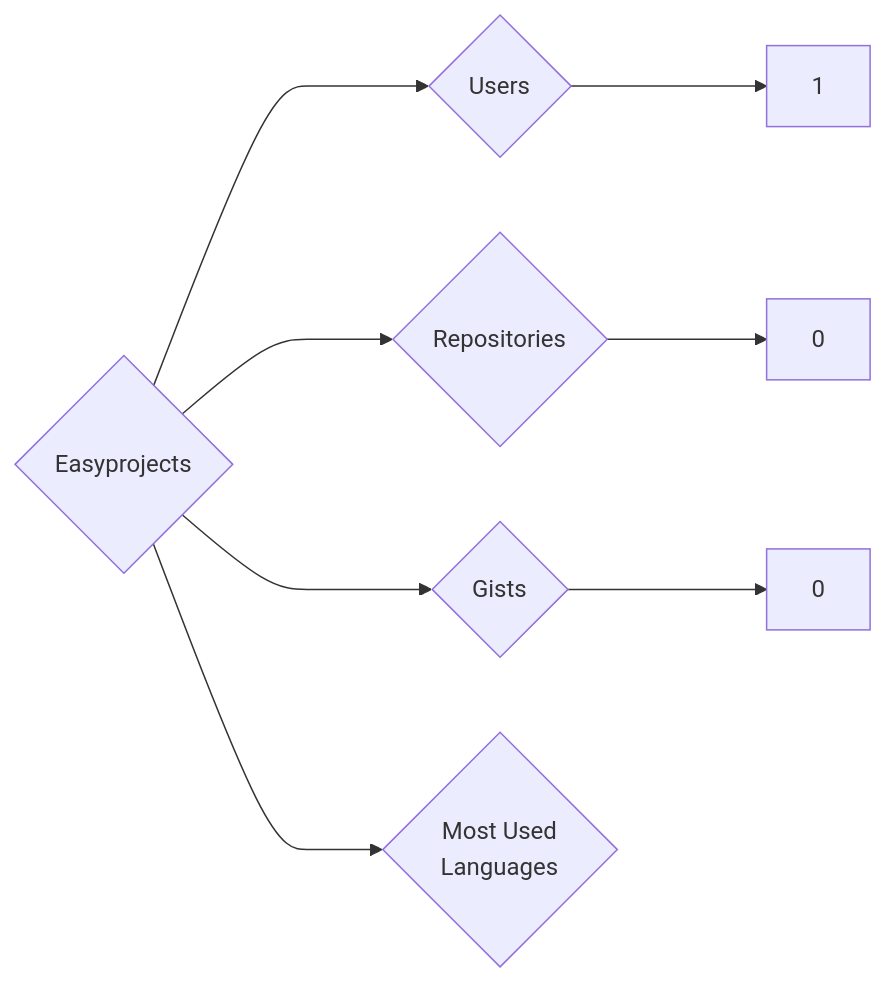
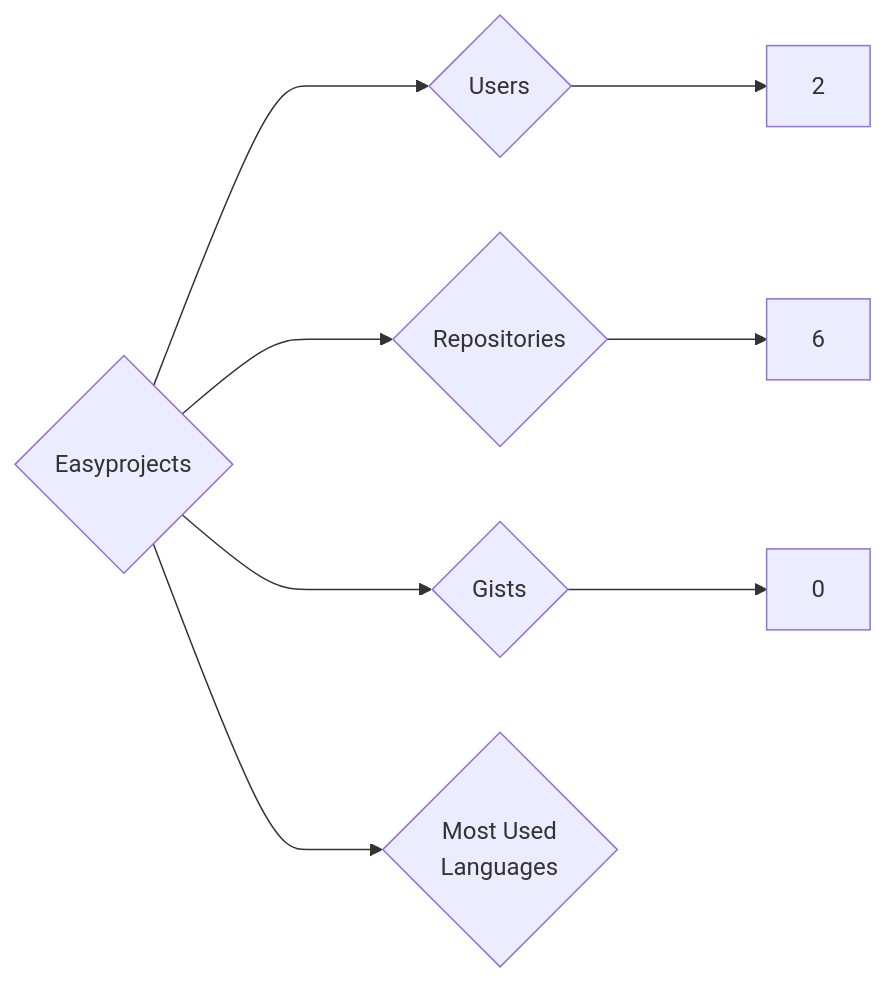
One commit to trickest/insiders changed the diagram in targets/Easyprojects/README.md. Above: the diagram before and after it, drawn with Mermaid. The commit also changed 1195 other files, not shown here.

````diff
--- a/targets/Easyprojects/README.md
+++ b/targets/Easyprojects/README.md
@@ -3,8 +3,8 @@
 ```mermaid
 graph LR
 COMPANY_NAME{Easyprojects}
-COMPANY_NAME ---> U{Users} ---> UN[1]
-COMPANY_NAME ---> R{Repositories} ---> RN[0]
+COMPANY_NAME ---> U{Users} ---> UN[2]
+COMPANY_NAME ---> R{Repositories} ---> RN[6]
 COMPANY_NAME ---> G{Gists} ---> GN[0]
 COMPANY_NAME ---> ML{Most Used<br>Languages}
 ```
````
